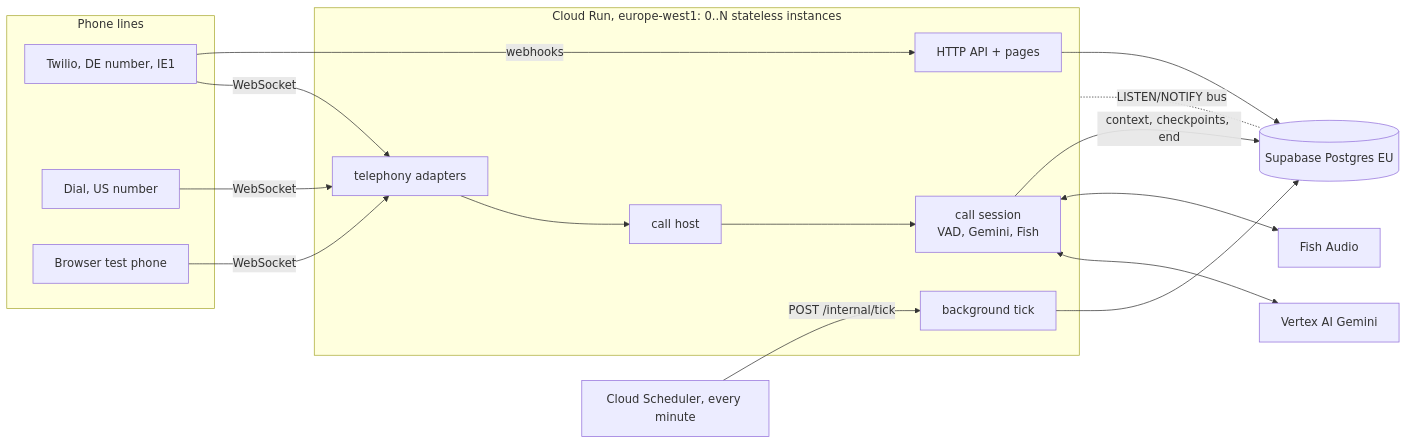
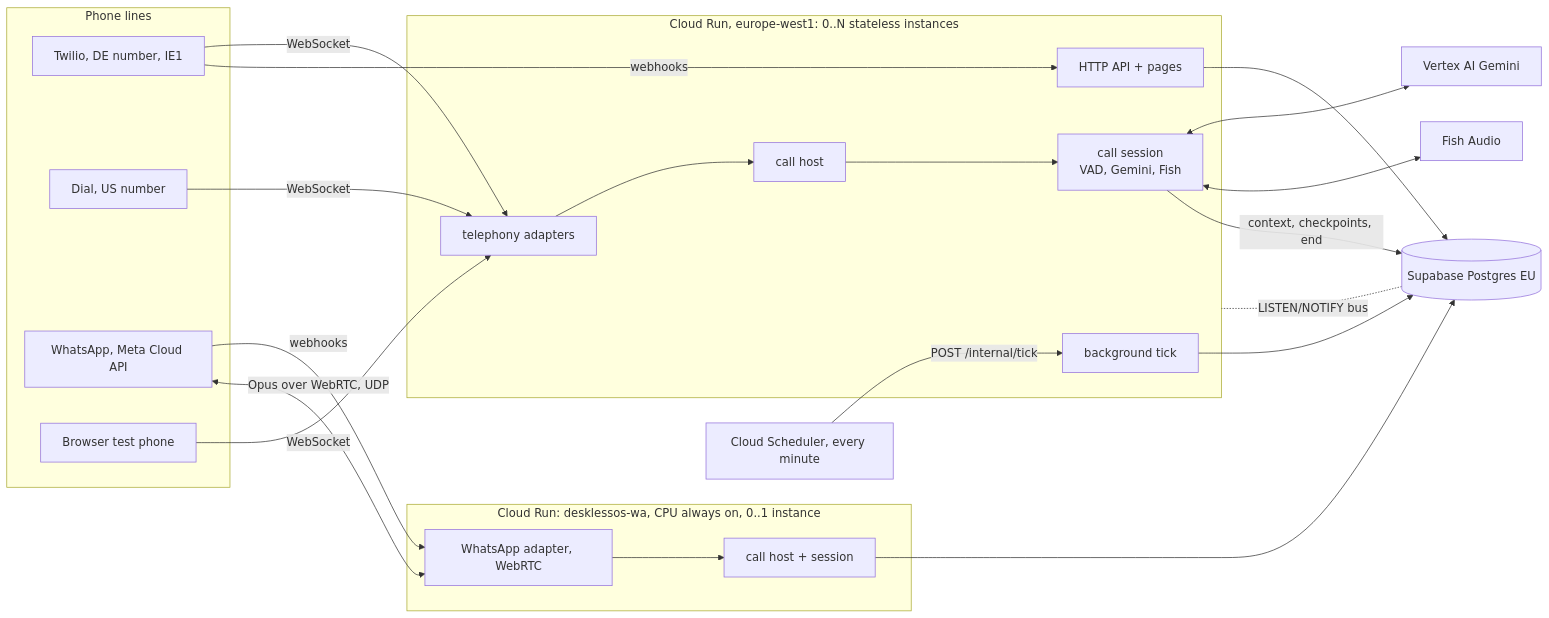
Before and after one commit to manomaxxing/desklessOS: the first of 2 diagrams in docs/architecture.md, drawn with Mermaid. The commit also changed other lines of this file and 21 other files, not shown here.

````diff
--- a/docs/architecture.md
+++ b/docs/architecture.md
@@ -57,22 +57,29 @@
 ```mermaid
 flowchart LR
   subgraph carriers[Phone lines]
     TW[Twilio, DE number, IE1]
     DI[Dial, US number]
+    WA[WhatsApp, Meta Cloud API]
     BR[Browser test phone]
   end
   subgraph run[Cloud Run, europe-west1: 0..N stateless instances]
     AD[telephony adapters] --> HO[call host] --> SE[call session<br/>VAD, Gemini, Fish]
     API[HTTP API + pages]
     BG[background tick]
   end
+  subgraph runwa[Cloud Run: desklessos-wa, CPU always on, 0..1 instance]
+    WAD[WhatsApp adapter, WebRTC] --> HO2[call host + session]
+  end
   TW & DI & BR -- WebSocket --> AD
+  WA -- webhooks --> WAD
+  WA <-- Opus over WebRTC, UDP --> WAD
+  HO2 --> PG
   TW -- webhooks --> API
   SE <--> GEM[Vertex AI Gemini]
   SE <--> FISH[Fish Audio]
   SE -- context, checkpoints, end --> PG[(Supabase Postgres EU)]
   API --> PG
   BG --> PG
   CS[Cloud Scheduler, every minute] -- POST /internal/tick --> BG
   PG -. LISTEN/NOTIFY bus .- run
 ```
````
